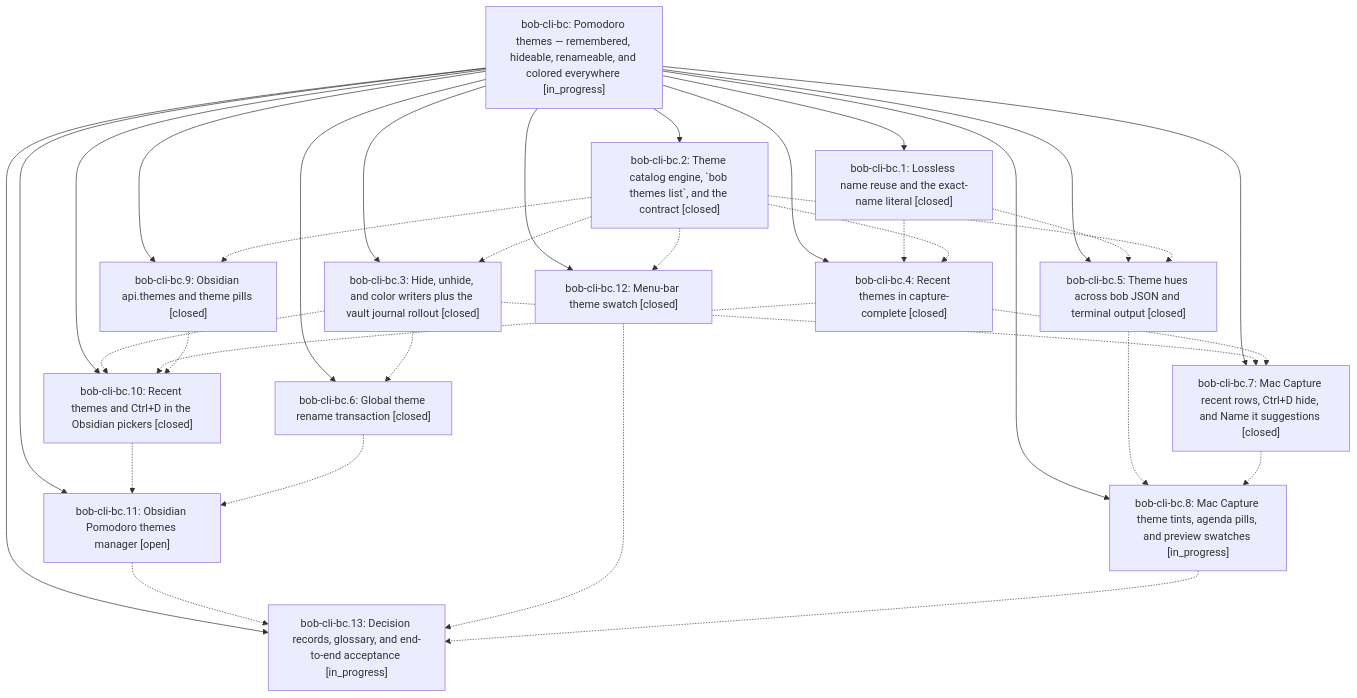
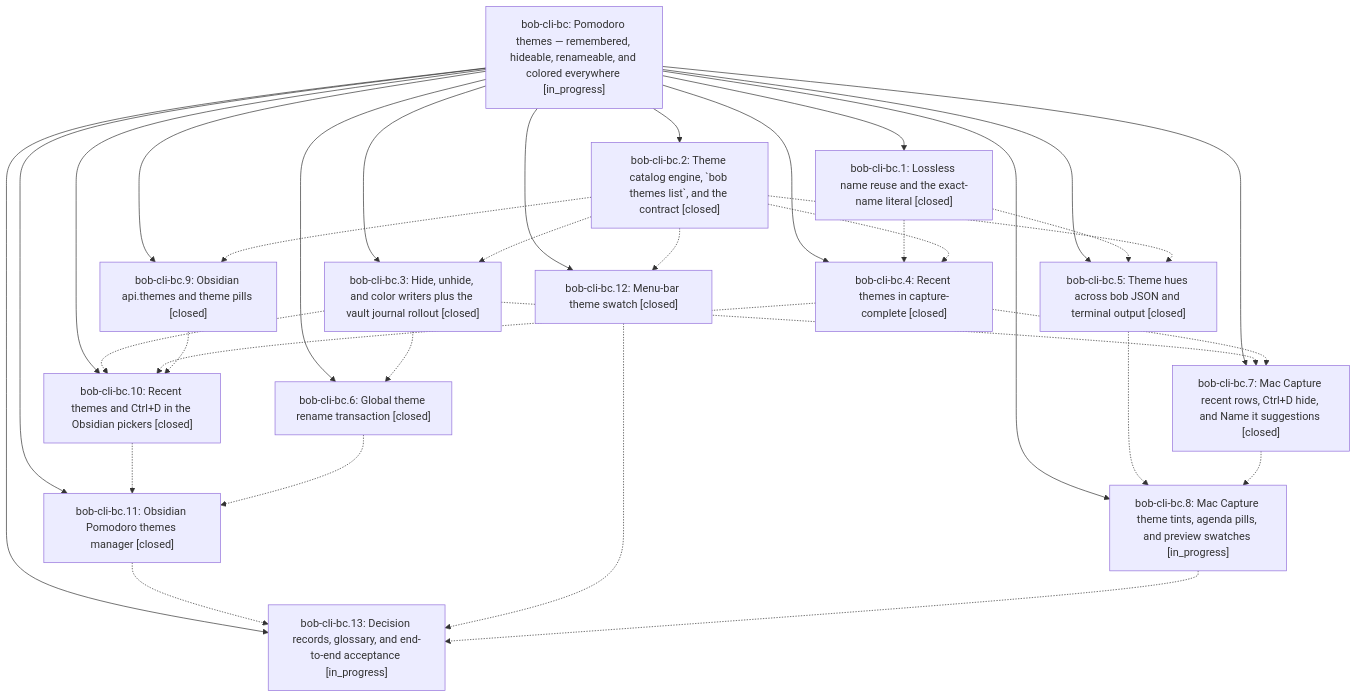
The diagram in pages/bob-cli-bc/README.md (bobs-org/bob-cli--beads), drawn with Mermaid before and after one commit. The commit also changed other lines of this file and 6 other files, not shown here.

First line of the commit message:
chore(beads): sync bead state and pages for bob-cli-bc

````diff
--- a/pages/bob-cli-bc/README.md
+++ b/pages/bob-cli-bc/README.md
@@ -58,50 +58,50 @@
 ```mermaid
 flowchart TD
     n0["bob-cli-bc: Pomodoro themes — remembered, hideable, renameable, and colored everywhere [in_progress]"]
     n1["bob-cli-bc.1: Lossless name reuse and the exact-name literal [closed]"]
     n2["bob-cli-bc.10: Recent themes and Ctrl+D in the Obsidian pickers [closed]"]
-    n3["bob-cli-bc.11: Obsidian Pomodoro themes manager [open]"]
+    n3["bob-cli-bc.11: Obsidian Pomodoro themes manager [closed]"]
     n4["bob-cli-bc.12: Menu-bar theme swatch [closed]"]
     n5["bob-cli-bc.13: Decision records, glossary, and end-to-end acceptance [in_progress]"]
     n6["bob-cli-bc.2: Theme catalog engine, `bob themes list`, and the contract [closed]"]
     n7["bob-cli-bc.3: Hide, unhide, and color writers plus the vault journal rollout [closed]"]
     n8["bob-cli-bc.4: Recent themes in capture-complete [closed]"]
     n9["bob-cli-bc.5: Theme hues across bob JSON and terminal output [closed]"]
     n10["bob-cli-bc.6: Global theme rename transaction [closed]"]
     n11["bob-cli-bc.7: Mac Capture recent rows, Ctrl+D hide, and Name it suggestions [closed]"]
     n12["bob-cli-bc.8: Mac Capture theme tints, agenda pills, and preview swatches [in_progress]"]
     n13["bob-cli-bc.9: Obsidian api.themes and theme pills [closed]"]
     n0 --> n1
     n0 --> n2
     n0 --> n3
     n0 --> n4
     n0 --> n5
     n0 --> n6
     n0 --> n7
     n0 --> n8
     n0 --> n9
     n0 --> n10
     n0 --> n11
     n0 --> n12
     n0 --> n13
     n1 -.-> n8
     n1 -.-> n9
     n2 -.-> n3
     n3 -.-> n5
     n4 -.-> n5
     n6 -.-> n4
     n6 -.-> n7
     n6 -.-> n8
     n6 -.-> n9
     n6 -.-> n13
     n7 -.-> n2
     n7 -.-> n10
     n7 -.-> n11
     n8 -.-> n2
     n8 -.-> n11
     n9 -.-> n12
     n10 -.-> n3
     n11 -.-> n12
     n12 -.-> n5
     n13 -.-> n2
 ```
````
